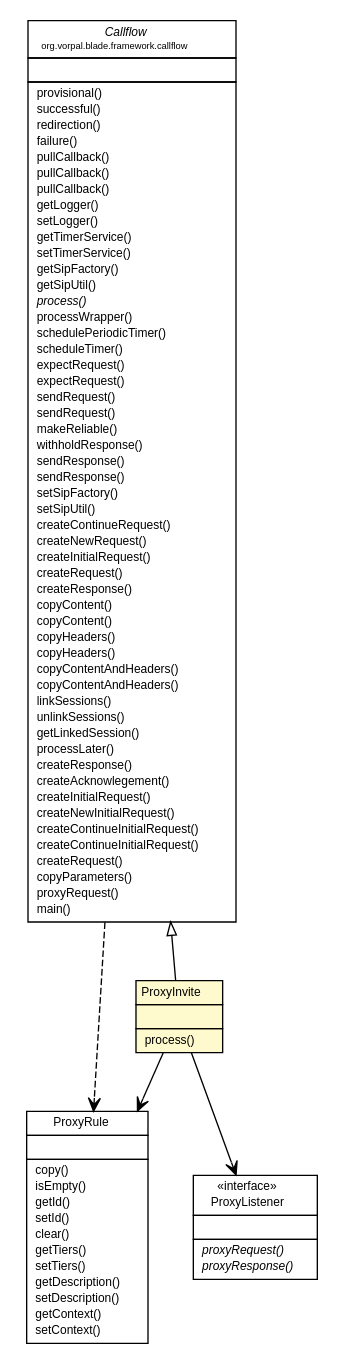
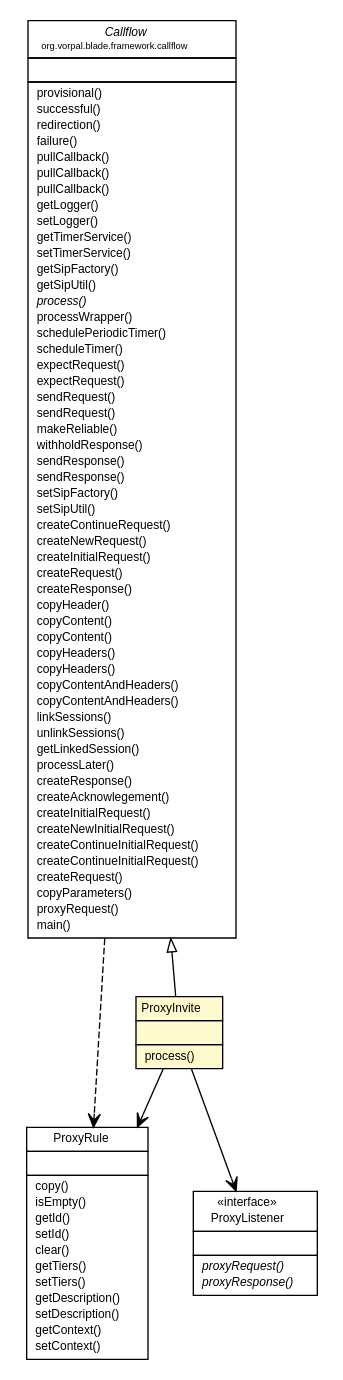
The diagram in blade/vorpal-blade-library-framework/org/vorpal/blade/framework/proxy/ProxyInvite.dot (vorpalnet/vorpalnet.github.io), drawn with Graphviz before and after one commit. The commit also changed 915 other files, not shown here.

```diff
--- a/blade/vorpal-blade-library-framework/org/vorpal/blade/framework/proxy/ProxyInvite.dot
+++ b/blade/vorpal-blade-library-framework/org/vorpal/blade/framework/proxy/ProxyInvite.dot
@@ -1,132 +1,133 @@
 #!/usr/local/bin/dot
 #
 # Class diagram 
 # Generated by UMLGraph version 5.2 (http://www.umlgraph.org/)
 #
 
 digraph G {
 	edge [fontname="Helvetica",fontsize=10,labelfontname="Helvetica",labelfontsize=10];
 	node [fontname="Helvetica",fontsize=10,shape=plaintext];
 	nodesep=0.25;
 	ranksep=0.5;
 	// org.vorpal.blade.framework.callflow.Callflow
-	c4730 [label=<<table title="org.vorpal.blade.framework.callflow.Callflow" border="0" cellborder="1" cellspacing="0" cellpadding="2" port="p" href="../callflow/Callflow.html">
+	c4801 [label=<<table title="org.vorpal.blade.framework.callflow.Callflow" border="0" cellborder="1" cellspacing="0" cellpadding="2" port="p" href="../callflow/Callflow.html">
 		<tr><td><table border="0" cellspacing="0" cellpadding="1">
 <tr><td align="center" balign="center"><font face="Helvetica-Oblique"> Callflow </font></td></tr>
 <tr><td align="center" balign="center"><font point-size="7.0"> org.vorpal.blade.framework.callflow </font></td></tr>
 		</table></td></tr>
 		<tr><td><table border="0" cellspacing="0" cellpadding="1">
 <tr><td align="left" balign="left">  </td></tr>
 		</table></td></tr>
 		<tr><td><table border="0" cellspacing="0" cellpadding="1">
 <tr><td align="left" balign="left">  provisional() </td></tr>
 <tr><td align="left" balign="left">  successful() </td></tr>
 <tr><td align="left" balign="left">  redirection() </td></tr>
 <tr><td align="left" balign="left">  failure() </td></tr>
 <tr><td align="left" balign="left">  pullCallback() </td></tr>
 <tr><td align="left" balign="left">  pullCallback() </td></tr>
 <tr><td align="left" balign="left">  pullCallback() </td></tr>
 <tr><td align="left" balign="left">  getLogger() </td></tr>
 <tr><td align="left" balign="left">  setLogger() </td></tr>
 <tr><td align="left" balign="left">  getTimerService() </td></tr>
 <tr><td align="left" balign="left">  setTimerService() </td></tr>
 <tr><td align="left" balign="left">  getSipFactory() </td></tr>
 <tr><td align="left" balign="left">  getSipUtil() </td></tr>
 <tr><td align="left" balign="left"><font face="Helvetica-Oblique" point-size="9.0">  process() </font></td></tr>
 <tr><td align="left" balign="left">  processWrapper() </td></tr>
 <tr><td align="left" balign="left">  schedulePeriodicTimer() </td></tr>
 <tr><td align="left" balign="left">  scheduleTimer() </td></tr>
 <tr><td align="left" balign="left">  expectRequest() </td></tr>
 <tr><td align="left" balign="left">  expectRequest() </td></tr>
 <tr><td align="left" balign="left">  sendRequest() </td></tr>
 <tr><td align="left" balign="left">  sendRequest() </td></tr>
 <tr><td align="left" balign="left">  makeReliable() </td></tr>
 <tr><td align="left" balign="left">  withholdResponse() </td></tr>
 <tr><td align="left" balign="left">  sendResponse() </td></tr>
 <tr><td align="left" balign="left">  sendResponse() </td></tr>
 <tr><td align="left" balign="left">  setSipFactory() </td></tr>
 <tr><td align="left" balign="left">  setSipUtil() </td></tr>
 <tr><td align="left" balign="left">  createContinueRequest() </td></tr>
 <tr><td align="left" balign="left">  createNewRequest() </td></tr>
 <tr><td align="left" balign="left">  createInitialRequest() </td></tr>
 <tr><td align="left" balign="left">  createRequest() </td></tr>
 <tr><td align="left" balign="left">  createResponse() </td></tr>
+<tr><td align="left" balign="left">  copyHeader() </td></tr>
 <tr><td align="left" balign="left">  copyContent() </td></tr>
 <tr><td align="left" balign="left">  copyContent() </td></tr>
 <tr><td align="left" balign="left">  copyHeaders() </td></tr>
 <tr><td align="left" balign="left">  copyHeaders() </td></tr>
 <tr><td align="left" balign="left">  copyContentAndHeaders() </td></tr>
 <tr><td align="left" balign="left">  copyContentAndHeaders() </td></tr>
 <tr><td align="left" balign="left">  linkSessions() </td></tr>
 <tr><td align="left" balign="left">  unlinkSessions() </td></tr>
 <tr><td align="left" balign="left">  getLinkedSession() </td></tr>
 <tr><td align="left" balign="left">  processLater() </td></tr>
 <tr><td align="left" balign="left">  createResponse() </td></tr>
 <tr><td align="left" balign="left">  createAcknowlegement() </td></tr>
 <tr><td align="left" balign="left">  createInitialRequest() </td></tr>
 <tr><td align="left" balign="left">  createNewInitialRequest() </td></tr>
 <tr><td align="left" balign="left">  createContinueInitialRequest() </td></tr>
 <tr><td align="left" balign="left">  createContinueInitialRequest() </td></tr>
 <tr><td align="left" balign="left">  createRequest() </td></tr>
 <tr><td align="left" balign="left">  copyParameters() </td></tr>
 <tr><td align="left" balign="left">  proxyRequest() </td></tr>
 <tr><td align="left" balign="left">  main() </td></tr>
 		</table></td></tr>
 		</table>>, fontname="Helvetica", fontcolor="black", fontsize=9.0];
 	// org.vorpal.blade.framework.proxy.ProxyRule
-	c4781 [label=<<table title="org.vorpal.blade.framework.proxy.ProxyRule" border="0" cellborder="1" cellspacing="0" cellpadding="2" port="p" href="./ProxyRule.html">
+	c4852 [label=<<table title="org.vorpal.blade.framework.proxy.ProxyRule" border="0" cellborder="1" cellspacing="0" cellpadding="2" port="p" href="./ProxyRule.html">
 		<tr><td><table border="0" cellspacing="0" cellpadding="1">
 <tr><td align="center" balign="center"> ProxyRule </td></tr>
 		</table></td></tr>
 		<tr><td><table border="0" cellspacing="0" cellpadding="1">
 <tr><td align="left" balign="left">  </td></tr>
 		</table></td></tr>
 		<tr><td><table border="0" cellspacing="0" cellpadding="1">
 <tr><td align="left" balign="left">  copy() </td></tr>
 <tr><td align="left" balign="left">  isEmpty() </td></tr>
 <tr><td align="left" balign="left">  getId() </td></tr>
 <tr><td align="left" balign="left">  setId() </td></tr>
 <tr><td align="left" balign="left">  clear() </td></tr>
 <tr><td align="left" balign="left">  getTiers() </td></tr>
 <tr><td align="left" balign="left">  setTiers() </td></tr>
 <tr><td align="left" balign="left">  getDescription() </td></tr>
 <tr><td align="left" balign="left">  setDescription() </td></tr>
 <tr><td align="left" balign="left">  getContext() </td></tr>
 <tr><td align="left" balign="left">  setContext() </td></tr>
 		</table></td></tr>
 		</table>>, fontname="Helvetica", fontcolor="black", fontsize=9.0];
 	// org.vorpal.blade.framework.proxy.ProxyListener
-	c4782 [label=<<table title="org.vorpal.blade.framework.proxy.ProxyListener" border="0" cellborder="1" cellspacing="0" cellpadding="2" port="p" href="./ProxyListener.html">
+	c4853 [label=<<table title="org.vorpal.blade.framework.proxy.ProxyListener" border="0" cellborder="1" cellspacing="0" cellpadding="2" port="p" href="./ProxyListener.html">
 		<tr><td><table border="0" cellspacing="0" cellpadding="1">
 <tr><td align="center" balign="center"> &#171;interface&#187; </td></tr>
 <tr><td align="center" balign="center"> ProxyListener </td></tr>
 		</table></td></tr>
 		<tr><td><table border="0" cellspacing="0" cellpadding="1">
 <tr><td align="left" balign="left">  </td></tr>
 		</table></td></tr>
 		<tr><td><table border="0" cellspacing="0" cellpadding="1">
 <tr><td align="left" balign="left"><font face="Helvetica-Oblique" point-size="9.0">  proxyRequest() </font></td></tr>
 <tr><td align="left" balign="left"><font face="Helvetica-Oblique" point-size="9.0">  proxyResponse() </font></td></tr>
 		</table></td></tr>
 		</table>>, fontname="Helvetica", fontcolor="black", fontsize=9.0];
 	// org.vorpal.blade.framework.proxy.ProxyInvite
-	c4783 [label=<<table title="org.vorpal.blade.framework.proxy.ProxyInvite" border="0" cellborder="1" cellspacing="0" cellpadding="2" port="p" bgcolor="lemonChiffon" href="./ProxyInvite.html">
+	c4854 [label=<<table title="org.vorpal.blade.framework.proxy.ProxyInvite" border="0" cellborder="1" cellspacing="0" cellpadding="2" port="p" bgcolor="lemonChiffon" href="./ProxyInvite.html">
 		<tr><td><table border="0" cellspacing="0" cellpadding="1">
 <tr><td align="center" balign="center"> ProxyInvite </td></tr>
 		</table></td></tr>
 		<tr><td><table border="0" cellspacing="0" cellpadding="1">
 <tr><td align="left" balign="left">  </td></tr>
 		</table></td></tr>
 		<tr><td><table border="0" cellspacing="0" cellpadding="1">
 <tr><td align="left" balign="left">  process() </td></tr>
 		</table></td></tr>
 		</table>>, fontname="Helvetica", fontcolor="black", fontsize=9.0];
 	//org.vorpal.blade.framework.proxy.ProxyInvite extends org.vorpal.blade.framework.callflow.Callflow
-	c4730:p -> c4783:p [dir=back,arrowtail=empty];
+	c4801:p -> c4854:p [dir=back,arrowtail=empty];
 	// org.vorpal.blade.framework.proxy.ProxyInvite NAVASSOC org.vorpal.blade.framework.proxy.ProxyListener
-	c4783:p -> c4782:p [taillabel="", label="", headlabel="", fontname="Helvetica", fontcolor="black", fontsize=10.0, color="black", arrowhead=open];
+	c4854:p -> c4853:p [taillabel="", label="", headlabel="", fontname="Helvetica", fontcolor="black", fontsize=10.0, color="black", arrowhead=open];
 	// org.vorpal.blade.framework.proxy.ProxyInvite NAVASSOC org.vorpal.blade.framework.proxy.ProxyRule
-	c4783:p -> c4781:p [taillabel="", label="", headlabel="", fontname="Helvetica", fontcolor="black", fontsize=10.0, color="black", arrowhead=open];
+	c4854:p -> c4852:p [taillabel="", label="", headlabel="", fontname="Helvetica", fontcolor="black", fontsize=10.0, color="black", arrowhead=open];
 	// org.vorpal.blade.framework.callflow.Callflow DEPEND org.vorpal.blade.framework.proxy.ProxyRule
-	c4730:p -> c4781:p [taillabel="", label="", headlabel="", fontname="Helvetica", fontcolor="black", fontsize=10.0, color="black", arrowhead=open, style=dashed];
+	c4801:p -> c4852:p [taillabel="", label="", headlabel="", fontname="Helvetica", fontcolor="black", fontsize=10.0, color="black", arrowhead=open, style=dashed];
 }
```
